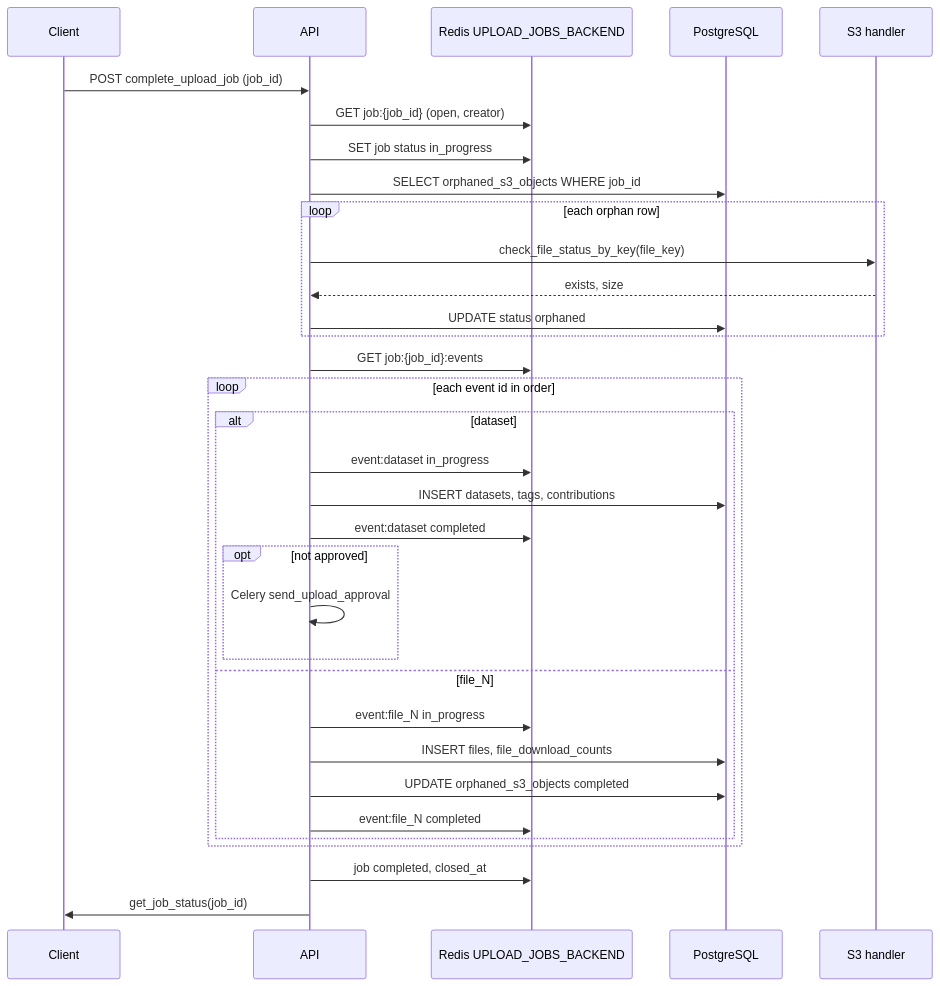
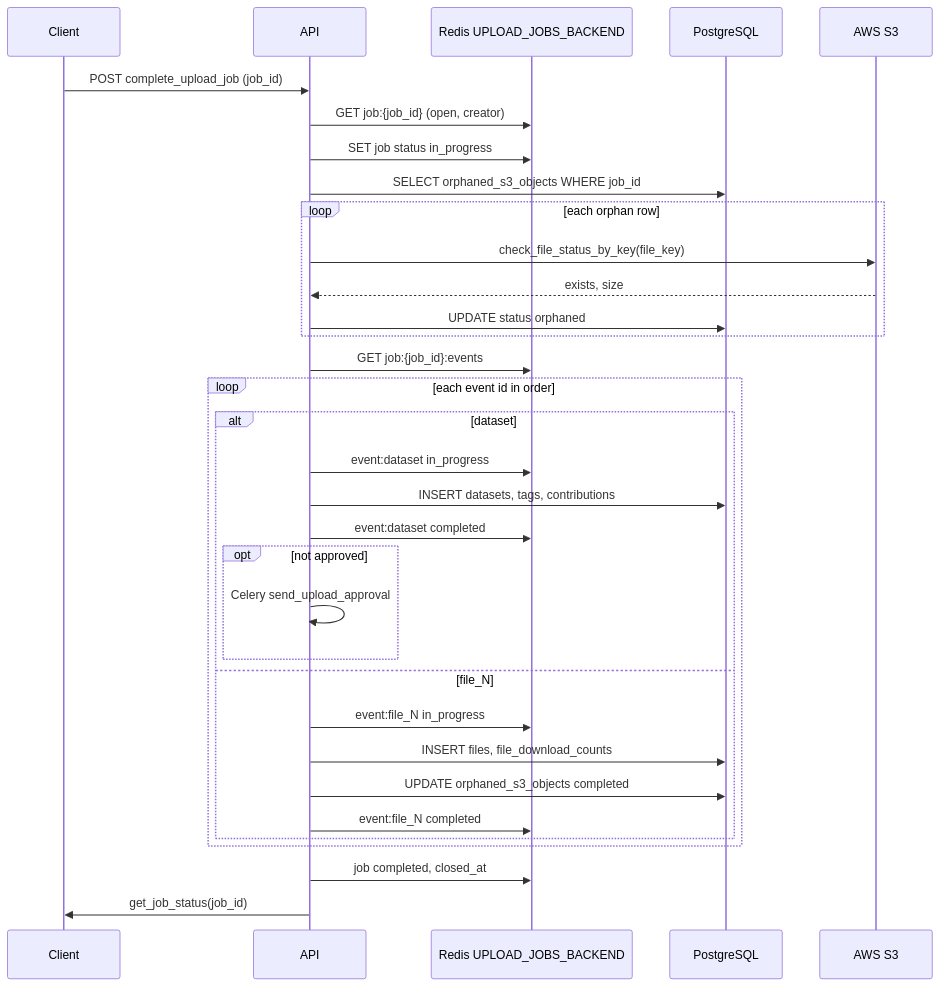
The second of 2 diagrams in docs/dataset_upload_job.md (WELLlabs/data-platform), drawn with Mermaid before and after one commit. The commit also changed other lines of this file and 172 other files, not shown here.

````diff
--- a/docs/dataset_upload_job.md
+++ b/docs/dataset_upload_job.md
@@ -223,36 +222,36 @@
 ```mermaid
 sequenceDiagram
     participant C as Client
     participant API as API
     participant R as Redis UPLOAD_JOBS_BACKEND
     participant PG as PostgreSQL
-    participant S3 as S3 handler
+    participant S3 as AWS S3
 
     C->>API: POST complete_upload_job (job_id)
     API->>R: GET job:{job_id} (open, creator)
     API->>R: SET job status in_progress
     API->>PG: SELECT orphaned_s3_objects WHERE job_id
     loop each orphan row
         API->>S3: check_file_status_by_key(file_key)
         S3-->>API: exists, size
         API->>PG: UPDATE status orphaned
     end
     API->>R: GET job:{job_id}:events
     loop each event id in order
         alt dataset
             API->>R: event:dataset in_progress
             API->>PG: INSERT datasets, tags, contributions
             API->>R: event:dataset completed
             opt not approved
                 API->>API: Celery send_upload_approval
             end
         else file_N
             API->>R: event:file_N in_progress
             API->>PG: INSERT files, file_download_counts
             API->>PG: UPDATE orphaned_s3_objects completed
             API->>R: event:file_N completed
         end
     end
     API->>R: job completed, closed_at
     API->>C: get_job_status(job_id)
 ```
````
